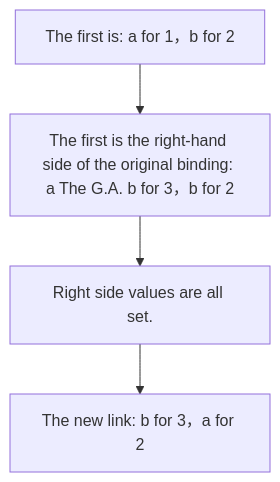
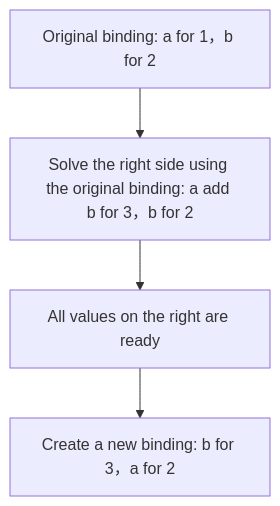
Before and after one commit to easonlines2007/easonlin-blog: the fourth of 4 diagrams in src/content/translations/en/notes/cs61a/lecture-02.md, drawn with Mermaid. The commit also changed other lines of this file and 158 other files, not shown here.

````diff
--- a/src/content/translations/en/notes/cs61a/lecture-02.md
+++ b/src/content/translations/en/notes/cs61a/lecture-02.md
@@ -308,6 +541,6 @@
 ```mermaid
 flowchart TD
-    A[The first is: a for 1，b for 2] --> B[The first is the right-hand side of the original binding: a The G.A. b for 3，b for 2]
-    B --> C[Right side values are all set.]
-    C --> D[The new link: b for 3，a for 2]
+    A[Original binding: a for 1，b for 2] --> B[Solve the right side using the original binding: a add b for 3，b for 2]
+    B --> C[All values on the right are ready]
+    C --> D[Create a new binding: b for 3，a for 2]
 ```
````
